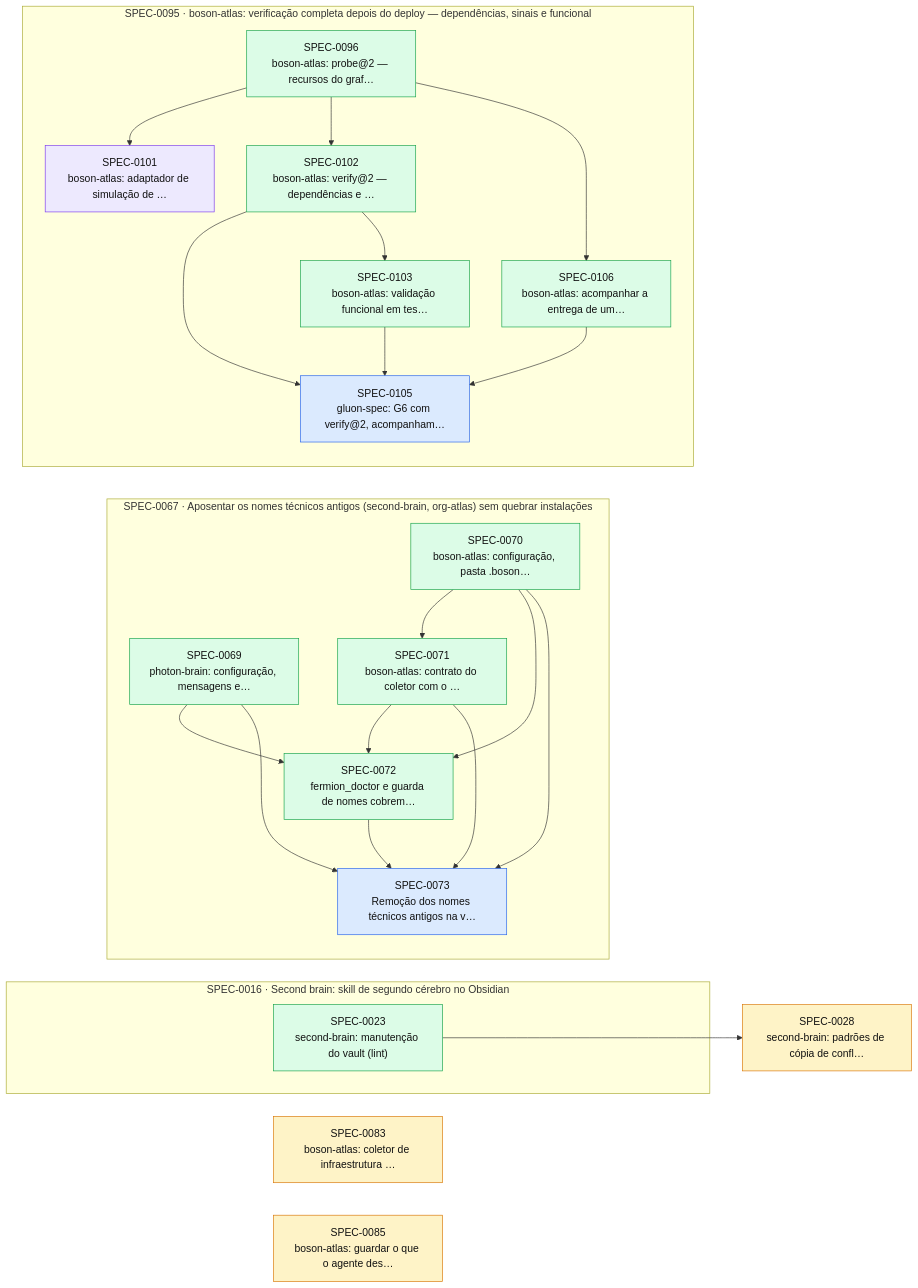
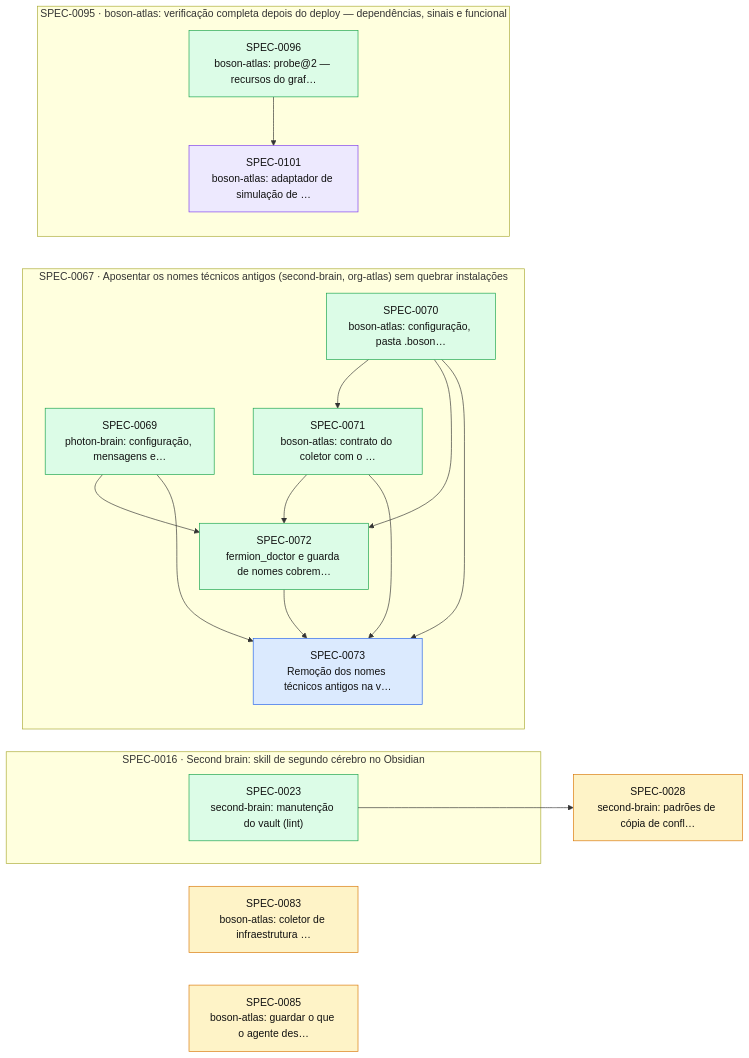
The diagram in docs/specs/INDEX.md (thomasravache/ai-dev-brain), drawn with Mermaid before and after one commit. The commit also changed other lines of this file and 1 other file, not shown here.

First line of the commit message:
docs(specs): G7 e fechamento da SPEC-0105

````diff
--- a/docs/specs/INDEX.md
+++ b/docs/specs/INDEX.md
@@ -67,45 +66,35 @@
 ```mermaid
 flowchart LR
   S0028["SPEC-0028<br/>second-brain: padrões de cópia de confl…"]:::proposed
   S0083["SPEC-0083<br/>boson-atlas: coletor de infraestrutura …"]:::proposed
   S0085["SPEC-0085<br/>boson-atlas: guardar o que o agente des…"]:::proposed
   subgraph E0016["SPEC-0016 · Second brain: skill de segundo cérebro no Obsidian"]
     S0023["SPEC-0023<br/>second-brain: manutenção do vault (lint)"]:::implemented
   end
   subgraph E0067["SPEC-0067 · Aposentar os nomes técnicos antigos (second-brain, org-atlas) sem quebrar instalações"]
     S0069["SPEC-0069<br/>photon-brain: configuração, mensagens e…"]:::implemented
     S0070["SPEC-0070<br/>boson-atlas: configuração, pasta .boson…"]:::implemented
     S0071["SPEC-0071<br/>boson-atlas: contrato do coletor com o …"]:::implemented
     S0072["SPEC-0072<br/>fermion_doctor e guarda de nomes cobrem…"]:::implemented
     S0073["SPEC-0073<br/>Remoção dos nomes técnicos antigos na v…"]:::approved
   end
   subgraph E0095["SPEC-0095 · boson-atlas: verificação completa depois do deploy — dependências, sinais e funcional"]
     S0096["SPEC-0096<br/>boson-atlas: probe@2 — recursos do graf…"]:::implemented
     S0101["SPEC-0101<br/>boson-atlas: adaptador de simulação de …"]:::inprogress
-    S0102["SPEC-0102<br/>boson-atlas: verify@2 — dependências e …"]:::implemented
-    S0103["SPEC-0103<br/>boson-atlas: validação funcional em tes…"]:::implemented
-    S0105["SPEC-0105<br/>gluon-spec: G6 com verify@2, acompanham…"]:::approved
-    S0106["SPEC-0106<br/>boson-atlas: acompanhar a entrega de um…"]:::implemented
   end
   S0023 --> S0028
   S0070 --> S0071
   S0069 --> S0072
   S0070 --> S0072
   S0071 --> S0072
   S0069 --> S0073
   S0070 --> S0073
   S0071 --> S0073
   S0072 --> S0073
   S0096 --> S0101
-  S0096 --> S0102
-  S0102 --> S0103
-  S0102 --> S0105
-  S0103 --> S0105
-  S0106 --> S0105
-  S0096 --> S0106
   classDef proposed fill:#fef3c7,stroke:#d97706,color:#111
   classDef approved fill:#dbeafe,stroke:#2563eb,color:#111
   classDef inprogress fill:#ede9fe,stroke:#7c3aed,color:#111
   classDef implemented fill:#dcfce7,stroke:#16a34a,color:#111
   classDef deprecated fill:#f3f4f6,stroke:#9ca3af,color:#6b7280
 ```
````
